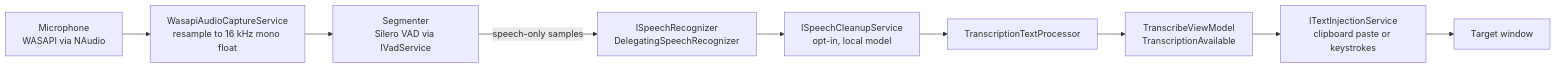
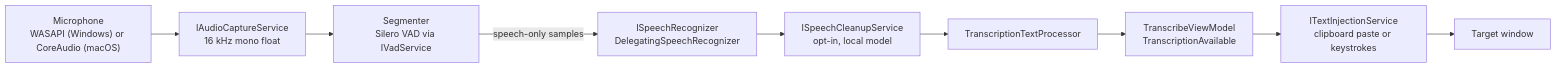
One commit to mdemin729/parlotype changed the first of 2 diagrams in docs/architecture/audio-pipeline.md. Above: the diagram before and after it, drawn with Mermaid. The commit also changed other lines of this file and 137 other files, not shown here.

````diff
--- a/docs/architecture/audio-pipeline.md
+++ b/docs/architecture/audio-pipeline.md
@@ -16,14 +16,14 @@
 ```mermaid
 flowchart LR
-    MIC["Microphone<br/>WASAPI via NAudio"]
-    CAP["WasapiAudioCaptureService<br/>resample to 16 kHz mono float"]
+    MIC["Microphone<br/>WASAPI (Windows) or CoreAudio (macOS)"]
+    CAP["IAudioCaptureService<br/>16 kHz mono float"]
     SEG["Segmenter<br/>Silero VAD via IVadService"]
     REC["ISpeechRecognizer<br/>DelegatingSpeechRecognizer"]
     CLEAN["ISpeechCleanupService<br/>opt-in, local model"]
     POST["TranscriptionTextProcessor"]
     VM["TranscribeViewModel<br/>TranscriptionAvailable"]
     INJ["ITextInjectionService<br/>clipboard paste or keystrokes"]
     WIN["Target window"]
 
     MIC --> CAP --> SEG -- "speech-only samples" --> REC --> CLEAN --> POST --> VM --> INJ --> WIN
 ```
````
